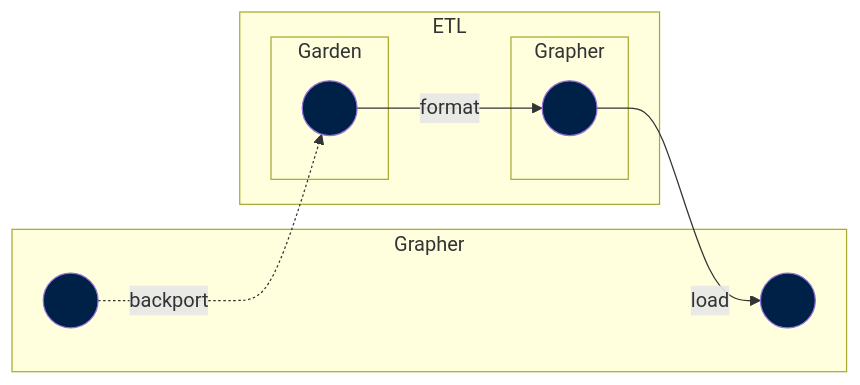
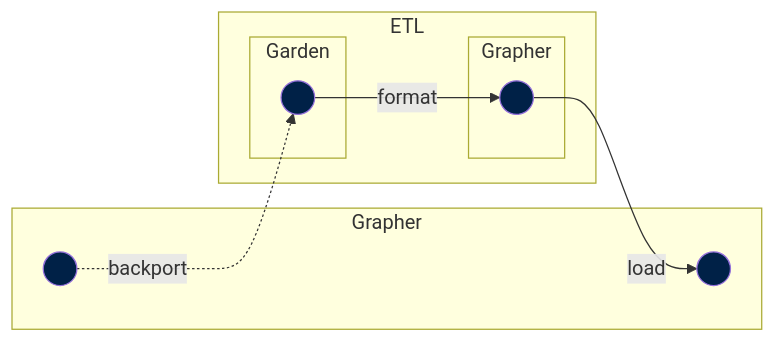
One commit to owid/etl changed the diagram in docs/architecture/workflow/other-steps.md. Above: the diagram before and after it, drawn with Mermaid. The commit also changed other lines of this file and 11 other files, not shown here.

````diff
--- a/docs/architecture/workflow/other-steps.md
+++ b/docs/architecture/workflow/other-steps.md
@@ -39,29 +13,29 @@
 ```mermaid
 flowchart LR
 
-    garden1((____)):::node -->|format| grapher1((____)):::node
-    grapher1((____)):::node -->|load| grapher2a((____)):::node
-    grapher2b((____)):::node -.->|backport| garden1((____)):::node
+    garden1((&nbsp;&nbsp;&nbsp;)):::node -->|format| grapher1((&nbsp;&nbsp;&nbsp;)):::node
+    grapher1((&nbsp;&nbsp;&nbsp;)):::node -->|load| grapher2a((&nbsp;&nbsp;&nbsp;)):::node
+    grapher2b((&nbsp;&nbsp;&nbsp;)):::node -.->|backport| garden1((&nbsp;&nbsp;&nbsp;)):::node
 
 
     subgraph id3 [Garden]
     garden1
     end
 
     subgraph id4 [Grapher]
     grapher1
     end
 
     subgraph id5 [Grapher]
     grapher2a
     grapher2b
     end
 
     subgraph id [ETL]
     id3
     id4
     end
 
     classDef node fill:#002147,color:#002147
     classDef node_ss fill:#002147,color:#fff
 ```
````
